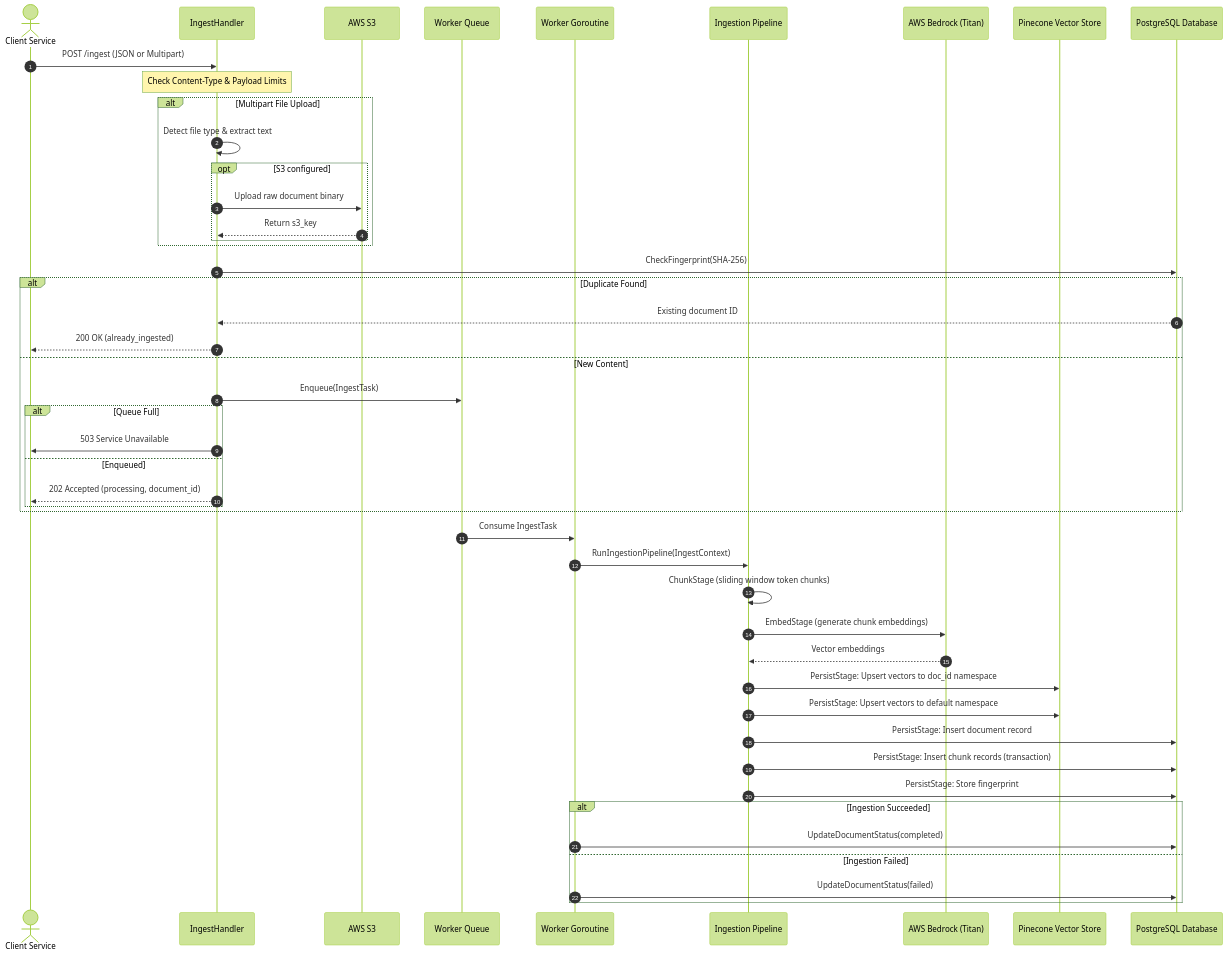
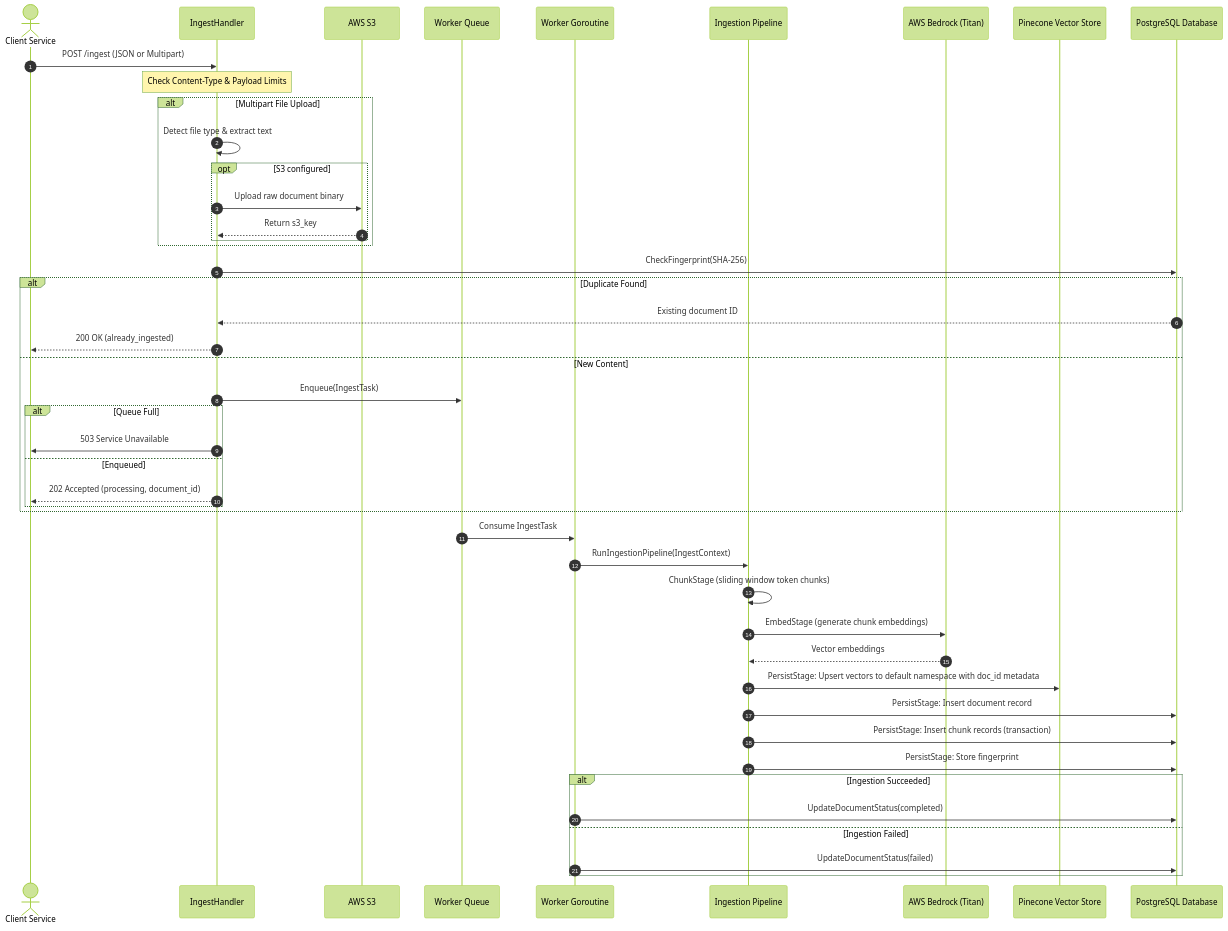
The second of 4 diagrams in docs/architecture.md (Victoroide/go-ms-rag), drawn with Mermaid (forest theme) before and after one commit. The commit also changed other lines of this file and 6 other files, not shown here.

Commit message:
fix(pipeline): write vectors only to the default namespace

````diff
--- a/docs/architecture.md
+++ b/docs/architecture.md
@@ -78,57 +78,56 @@
 ```mermaid
 sequenceDiagram
     autonumber
     actor Caller as Client Service
     participant Handler as IngestHandler
     participant S3 as AWS S3
     participant Queue as Worker Queue
     participant Worker as Worker Goroutine
     participant Pipeline as Ingestion Pipeline
     participant Embedder as AWS Bedrock (Titan)
     participant Pinecone as Pinecone Vector Store
     participant Postgres as PostgreSQL Database
 
     Caller->>Handler: POST /ingest (JSON or Multipart)
     Note over Handler: Check Content-Type & Payload Limits
 
     alt Multipart File Upload
         Handler->>Handler: Detect file type & extract text
         opt S3 configured
             Handler->>S3: Upload raw document binary
             S3-->>Handler: Return s3_key
         end
     end
 
     Handler->>Postgres: CheckFingerprint(SHA-256)
     alt Duplicate Found
         Postgres-->>Handler: Existing document ID
         Handler-->>Caller: 200 OK (already_ingested)
     else New Content
         Handler->>Queue: Enqueue(IngestTask)
         alt Queue Full
             Handler->>Caller: 503 Service Unavailable
         else Enqueued
             Handler-->>Caller: 202 Accepted (processing, document_id)
         end
     end
 
     Queue->>Worker: Consume IngestTask
     Worker->>Pipeline: RunIngestionPipeline(IngestContext)
 
     Pipeline->>Pipeline: ChunkStage (sliding window token chunks)
 
     Pipeline->>Embedder: EmbedStage (generate chunk embeddings)
     Embedder-->>Pipeline: Vector embeddings
 
-    Pipeline->>Pinecone: PersistStage: Upsert vectors to doc_id namespace
-    Pipeline->>Pinecone: PersistStage: Upsert vectors to default namespace
+    Pipeline->>Pinecone: PersistStage: Upsert vectors to default namespace with doc_id metadata
     Pipeline->>Postgres: PersistStage: Insert document record
     Pipeline->>Postgres: PersistStage: Insert chunk records (transaction)
     Pipeline->>Postgres: PersistStage: Store fingerprint
 
     alt Ingestion Succeeded
         Worker->>Postgres: UpdateDocumentStatus(completed)
     else Ingestion Failed
         Worker->>Postgres: UpdateDocumentStatus(failed)
     end
 ```
````
